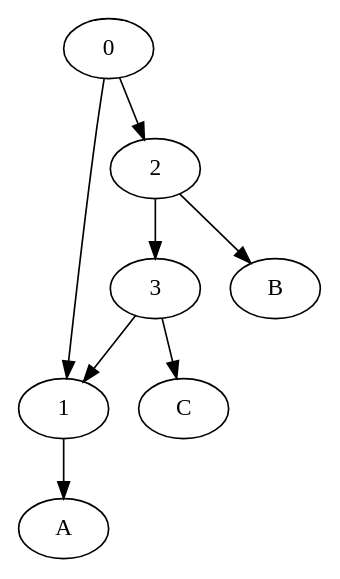
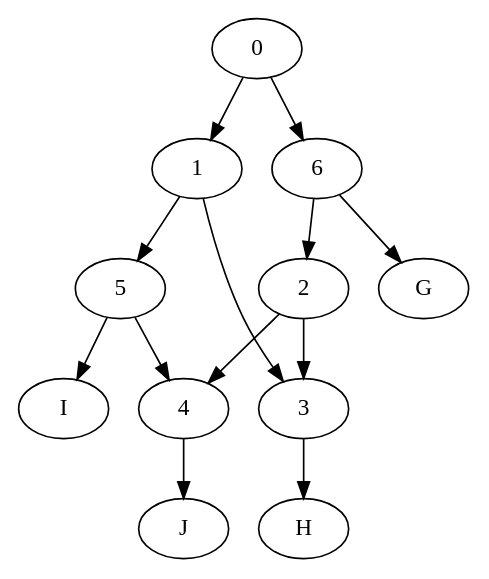
Before and after one commit to KSjors/TriL2Net: the diagram in Digraph.gv, drawn with Graphviz. The commit also changed 13 other files, not shown here.

```diff
--- a/Digraph.gv
+++ b/Digraph.gv
@@ -1,9 +1,25 @@
 digraph {
+	H
+	J
+	I
+	G
+	0
+	1
+	2
+	3
+	4
+	5
+	6
 	0 -> 1
-	0 -> 2
-	1 -> A
+	0 -> 6
+	1 -> 3
+	1 -> 5
 	2 -> 3
-	2 -> B
-	3 -> 1
-	3 -> C
+	2 -> 4
+	3 -> H
+	4 -> J
+	5 -> 4
+	5 -> I
+	6 -> 2
+	6 -> G
 }
```
